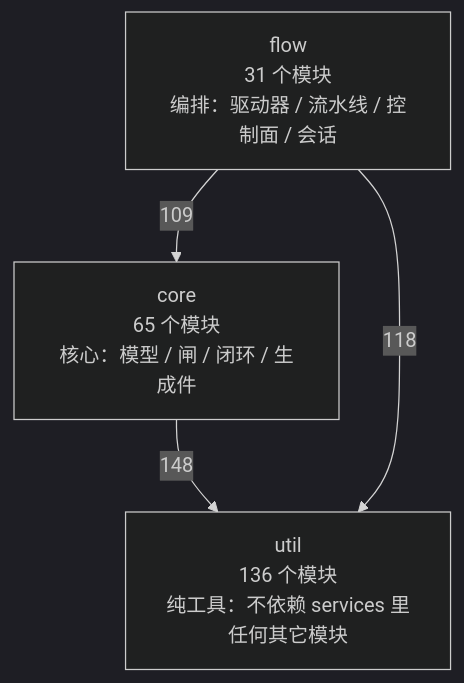
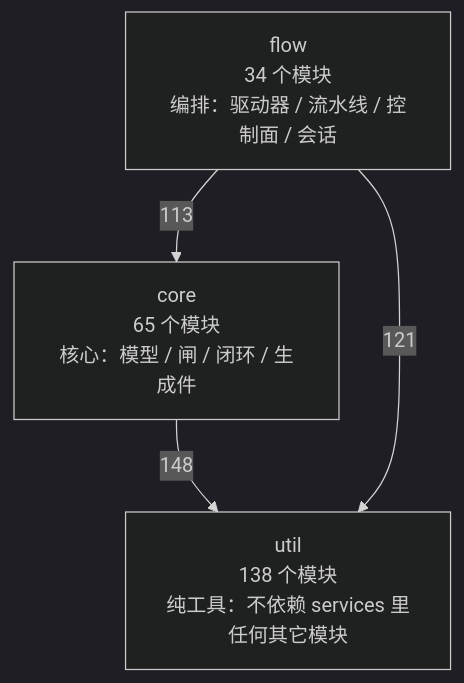
One commit to 2686521696/WhyBuddy changed the first of 4 diagrams in docs/SlideRule V6.2 架构图（自动生成）.md. Above: the diagram before and after it, drawn with Mermaid (dark theme). The commit also changed other lines of this file and 38 other files, not shown here.

````diff
--- a/docs/SlideRule V6.2 架构图（自动生成）.md
+++ b/docs/SlideRule V6.2 架构图（自动生成）.md
@@ -50,9 +50,9 @@
 ```mermaid
 flowchart TB
-  util["util<br/>136 个模块<br/>纯工具：不依赖 services 里任何其它模块"]
+  util["util<br/>138 个模块<br/>纯工具：不依赖 services 里任何其它模块"]
   core["core<br/>65 个模块<br/>核心：模型 / 闸 / 闭环 / 生成件"]
-  flow["flow<br/>31 个模块<br/>编排：驱动器 / 流水线 / 控制面 / 会话"]
+  flow["flow<br/>34 个模块<br/>编排：驱动器 / 流水线 / 控制面 / 会话"]
   core -->|148| util
-  flow -->|109| core
-  flow -->|118| util
+  flow -->|113| core
+  flow -->|121| util
 ```
````
